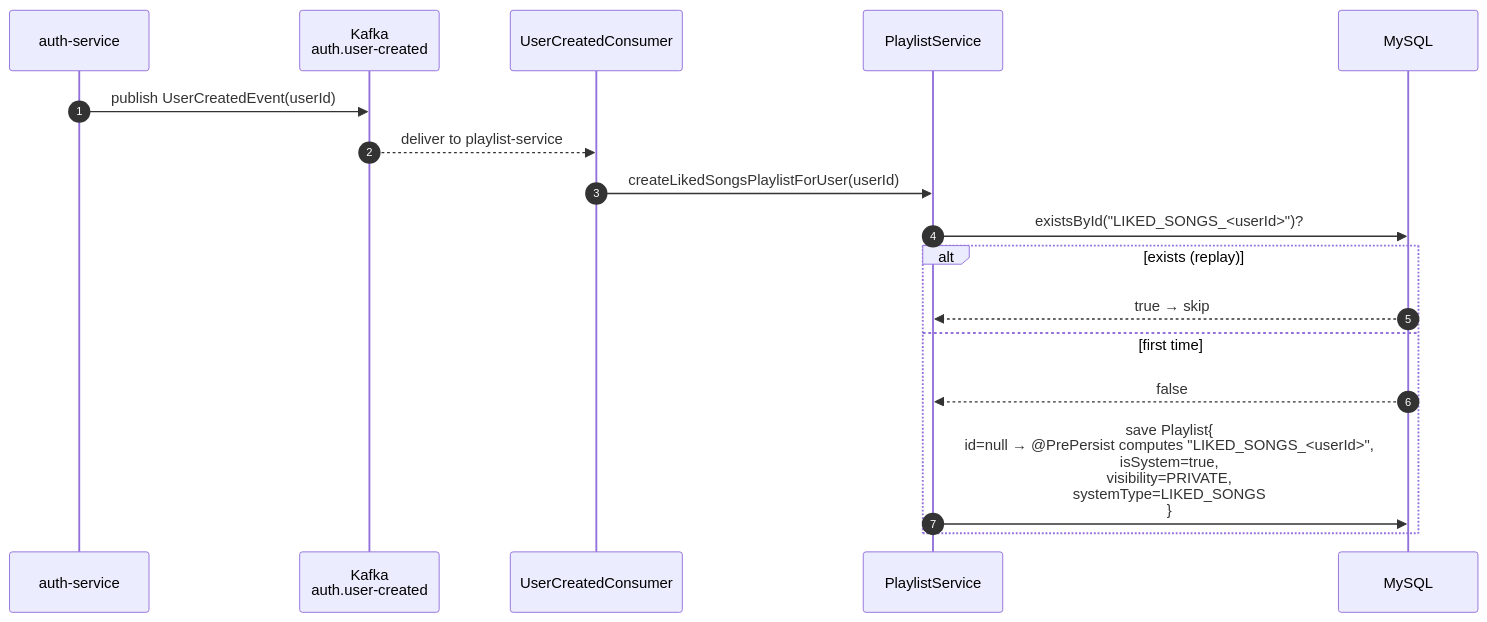
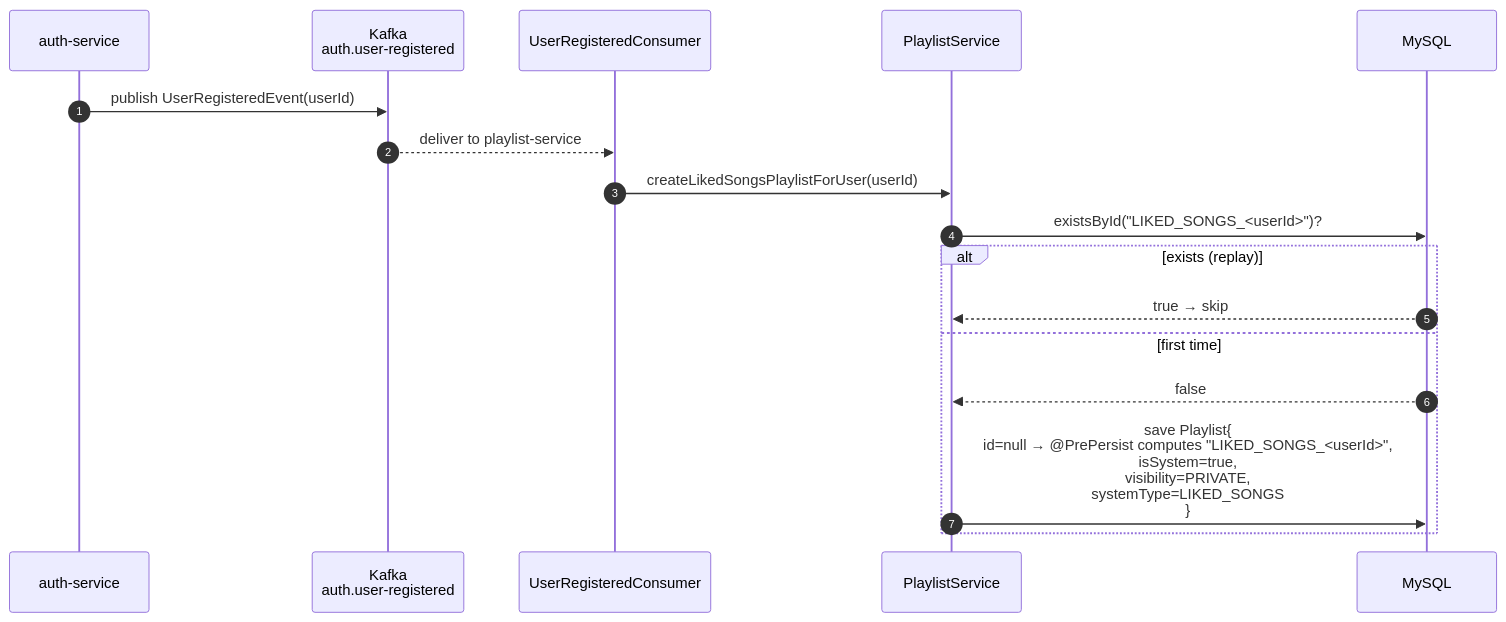
The third of 4 diagrams in playlist-service/README.md (harshithrao07/cadence), drawn with Mermaid before and after one commit. The commit also changed other lines of this file and 44 other files, not shown here.

````diff
--- a/playlist-service/README.md
+++ b/playlist-service/README.md
@@ -78,20 +78,20 @@
 ```mermaid
 sequenceDiagram
     autonumber
     participant Auth as auth-service
-    participant K as Kafka<br/>auth.user-created
-    participant UC as UserCreatedConsumer
+    participant K as Kafka<br/>auth.user-registered
+    participant UC as UserRegisteredConsumer
     participant PS as PlaylistService
     participant DB as MySQL
 
-    Auth->>K: publish UserCreatedEvent(userId)
+    Auth->>K: publish UserRegisteredEvent(userId)
     K-->>UC: deliver to playlist-service
     UC->>PS: createLikedSongsPlaylistForUser(userId)
     PS->>DB: existsById("LIKED_SONGS_<userId>")?
     alt exists (replay)
         DB-->>PS: true → skip
     else first time
         DB-->>PS: false
         PS->>DB: save Playlist{<br/>  id=null → @PrePersist computes "LIKED_SONGS_<userId>",<br/>  isSystem=true,<br/>  visibility=PRIVATE,<br/>  systemType=LIKED_SONGS<br/>}
     end
 ```
````
